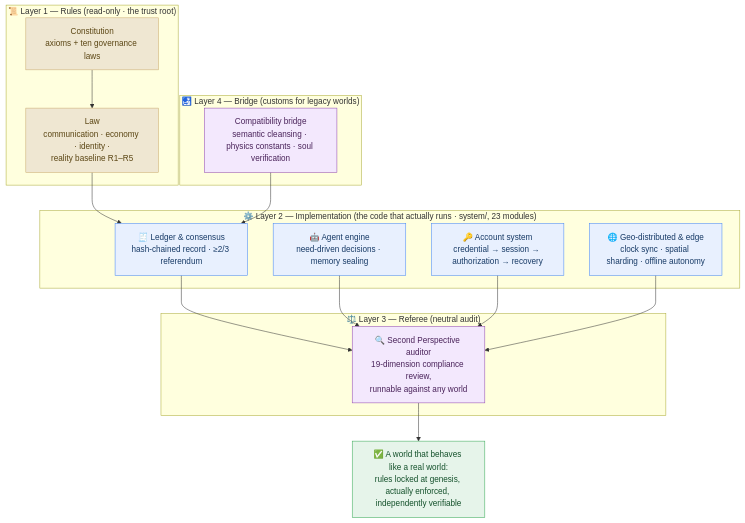
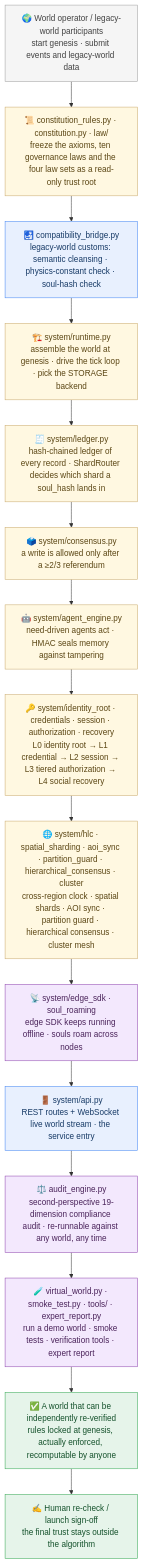
The diagram in README.md (nohn3043-arch/Second-Reality), drawn with Mermaid before and after one commit. The commit also changed other lines of this file and 1 other file, not shown here.

Commit message:
docs: redraw architecture as a module-level flowchart (EN+ZH)

````diff
--- a/README.md
+++ b/README.md
@@ -98,40 +98,58 @@
 ```mermaid
 flowchart TB
-    subgraph L1["📜 Layer 1 — Rules (read-only · the trust root)"]
-        A1["Constitution<br/>axioms + ten governance laws"]
-        A2["Law<br/>communication · economy · identity ·<br/>reality baseline R1–R5"]
-    end
+    UP["🌍 World operator / legacy-world participants<br/>start genesis · submit events and legacy-world data"]
 
-    subgraph L2["⚙️ Layer 2 — Implementation (the code that actually runs · system/, 23 modules)"]
-        B1["🧾 Ledger & consensus<br/>hash-chained record · ≥2/3 referendum"]
-        B2["🤖 Agent engine<br/>need-driven decisions · memory sealing"]
-        B3["🔑 Account system<br/>credential → session → authorization → recovery"]
-        B4["🌐 Geo-distributed & edge<br/>clock sync · spatial sharding · offline autonomy"]
-    end
+    RULES["📜 constitution_rules.py · constitution.py · law/<br/>freeze the axioms, ten governance laws and the four law sets as a read-only trust root"]
 
-    subgraph L3["⚖️ Layer 3 — Referee (neutral audit)"]
-        C["🔍 Second Perspective auditor<br/>19-dimension compliance review,<br/>runnable against any world"]
-    end
+    BRIDGE["🛃 compatibility_bridge.py<br/>legacy-world customs: semantic cleansing · physics-constant check · soul-hash check"]
 
-    subgraph L4["🛃 Layer 4 — Bridge (customs for legacy worlds)"]
-        D["Compatibility bridge<br/>semantic cleansing · physics constants · soul verification"]
-    end
+    RT["🏗️ system/runtime.py<br/>assemble the world at genesis · drive the tick loop · pick the STORAGE backend"]
 
-    A1 --> A2
-    A2 --> B1
-    D --> B1
-    B1 --> C
-    B2 --> C
-    B3 --> C
-    B4 --> C
-    C --> OUT["✅ A world that behaves like a real world:<br/>rules locked at genesis, actually enforced, independently verifiable"]
+    LEDGER["🧾 system/ledger.py<br/>hash-chained ledger of every record · ShardRouter decides which shard a soul_hash lands in"]
 
-    classDef cRule fill:#EFE7D2,stroke:#C9A96E,stroke-width:1px,color:#5B4614
-    classDef cImpl fill:#E8F0FE,stroke:#4285F4,stroke-width:1px,color:#173A66
-    classDef cJudge fill:#F3E8FD,stroke:#8E44AD,stroke-width:1px,color:#4A235A
+    CONSENSUS["🗳️ system/consensus.py<br/>a write is allowed only after a ≥2/3 referendum"]
+
+    AGENT["🤖 system/agent_engine.py<br/>need-driven agents act · HMAC seals memory against tampering"]
+
+    IDENTITY["🔑 system/identity_root · credentials · session · authorization · recovery<br/>L0 identity root → L1 credential → L2 session → L3 tiered authorization → L4 social recovery"]
+
+    GEO["🌐 system/hlc · spatial_sharding · aoi_sync · partition_guard · hierarchical_consensus · cluster<br/>cross-region clock · spatial shards · AOI sync · partition guard · hierarchical consensus · cluster mesh"]
+
+    EDGE["📡 system/edge_sdk · soul_roaming<br/>edge SDK keeps running offline · souls roam across nodes"]
+
+    API["🚪 system/api.py<br/>REST routes + WebSocket live world stream · the service entry"]
+
+    AUDIT["⚖️ audit_engine.py<br/>second-perspective 19-dimension compliance audit · re-runnable against any world, any time"]
+
+    DEMO["🧪 virtual_world.py · smoke_test.py · tools/ · expert_report.py<br/>run a demo world · smoke tests · verification tools · expert report"]
+
+    OUT["✅ A world that can be independently re-verified<br/>rules locked at genesis, actually enforced, recomputable by anyone"]
+
+    HUMAN["✍️ Human re-check / launch sign-off<br/>the final trust stays outside the algorithm"]
+
+    UP --> RULES
+    RULES --> BRIDGE
+    BRIDGE --> RT
+    RT --> LEDGER
+    LEDGER --> CONSENSUS
+    CONSENSUS --> AGENT
+    AGENT --> IDENTITY
+    IDENTITY --> GEO
+    GEO --> EDGE
+    EDGE --> API
+    API --> AUDIT
+    AUDIT --> DEMO
+    DEMO --> OUT
+    OUT --> HUMAN
+
+    classDef cUp fill:#F5F5F5,stroke:#9E9E9E,stroke-width:1px,color:#424242
+    classDef cIn fill:#E8F0FE,stroke:#4285F4,stroke-width:1px,color:#173A66
+    classDef cCore fill:#FFF8E1,stroke:#C9A96E,stroke-width:1px,color:#5B4614
+    classDef cSide fill:#F3E8FD,stroke:#8E44AD,stroke-width:1px,color:#4A235A
     classDef cOut fill:#E6F4EA,stroke:#34A853,stroke-width:1px,color:#14512B
-    class A1,A2 cRule
-    class B1,B2,B3,B4 cImpl
-    class C,D cJudge
-    class OUT cOut
+    class UP cUp
+    class BRIDGE,API cIn
+    class RULES,RT,LEDGER,CONSENSUS,AGENT,IDENTITY,GEO cCore
+    class EDGE,AUDIT,DEMO cSide
+    class OUT,HUMAN cOut
 ```
````
